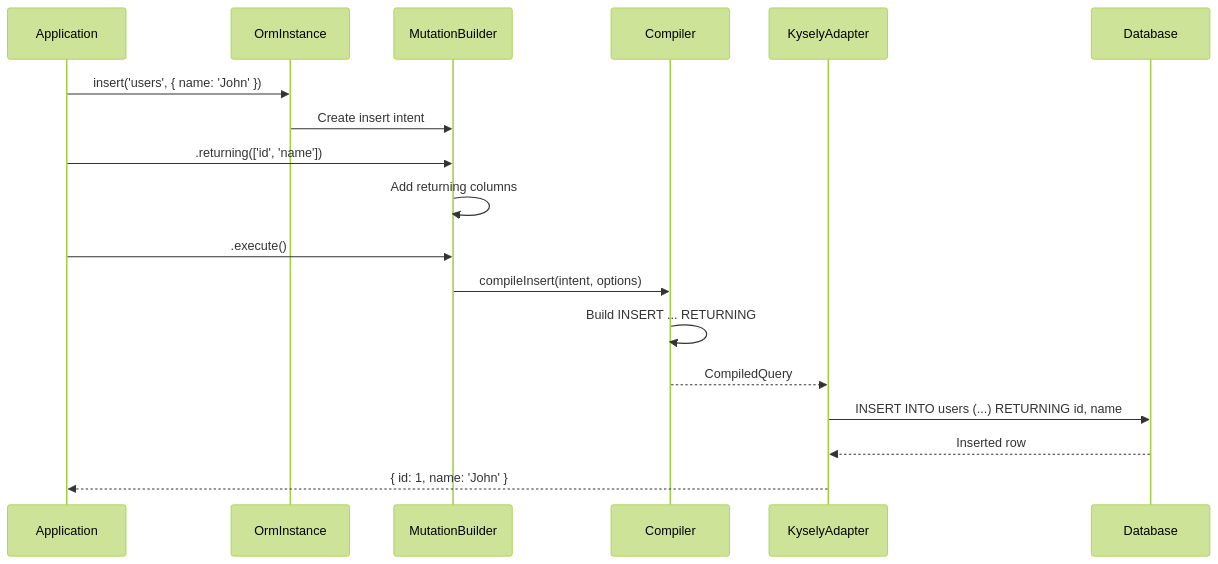
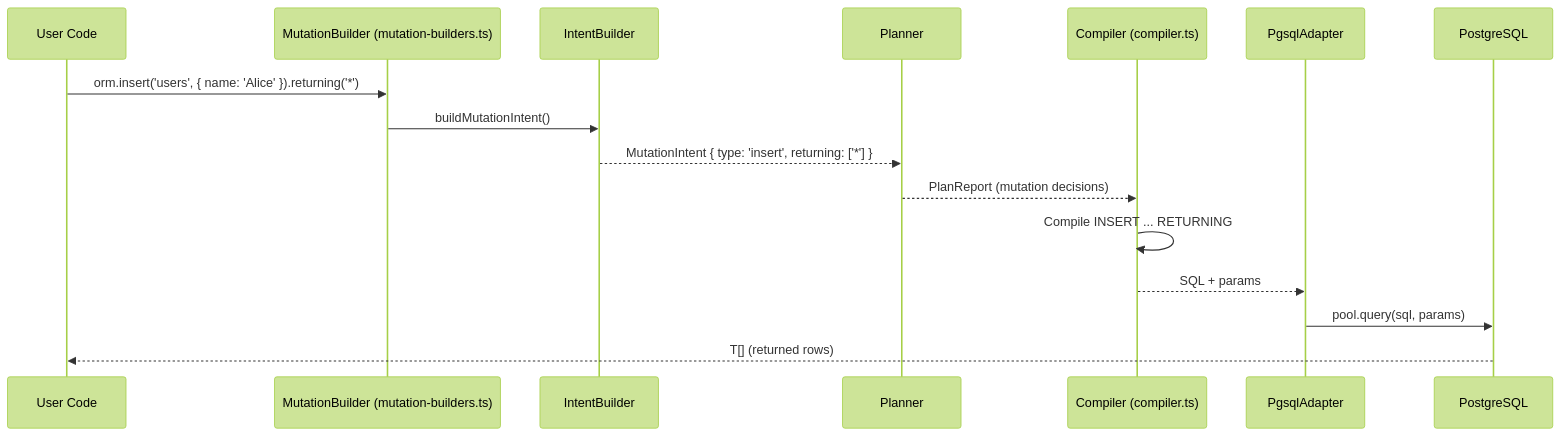
One commit to oorabona/db-semantic-planner changed the fifth of 6 diagrams in docs/audit/DATA-FLOWS.md. Above: the diagram before and after it, drawn with Mermaid (forest theme). The commit also changed other lines of this file and 13 other files, not shown here.

````diff
--- a/docs/audit/DATA-FLOWS.md
+++ b/docs/audit/DATA-FLOWS.md
@@ -155,21 +250,19 @@
 ```mermaid
 sequenceDiagram
-    participant App as Application
-    participant ORM as OrmInstance
-    participant MB as MutationBuilder
-    participant C as Compiler
-    participant K as KyselyAdapter
-    participant DB as Database
+    participant U as User Code
+    participant MB as MutationBuilder (mutation-builders.ts)
+    participant IB as IntentBuilder
+    participant PL as Planner
+    participant C as Compiler (compiler.ts)
+    participant A as PgsqlAdapter
+    participant PG as PostgreSQL
 
-    App->>ORM: insert('users', { name: 'John' })
-    ORM->>MB: Create insert intent
-    App->>MB: .returning(['id', 'name'])
-    MB->>MB: Add returning columns
-    App->>MB: .execute()
-    MB->>C: compileInsert(intent, options)
-    C->>C: Build INSERT ... RETURNING
-    C-->>K: CompiledQuery
-    K->>DB: INSERT INTO users (...) RETURNING id, name
-    DB-->>K: Inserted row
-    K-->>App: { id: 1, name: 'John' }
+    U->>MB: orm.insert('users', { name: 'Alice' }).returning('*')
+    MB->>IB: buildMutationIntent()
+    IB-->>PL: MutationIntent { type: 'insert', returning: ['*'] }
+    PL-->>C: PlanReport (mutation decisions)
+    C->>C: Compile INSERT ... RETURNING
+    C-->>A: SQL + params
+    A->>PG: pool.query(sql, params)
+    PG-->>U: T[] (returned rows)
 ```
````
